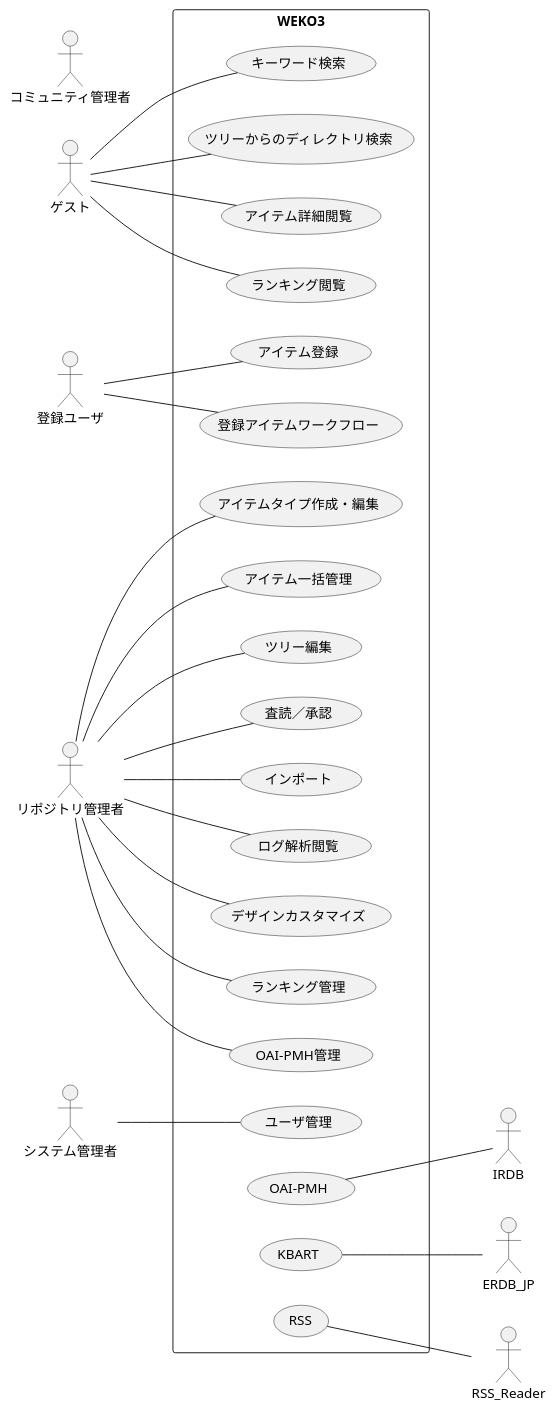
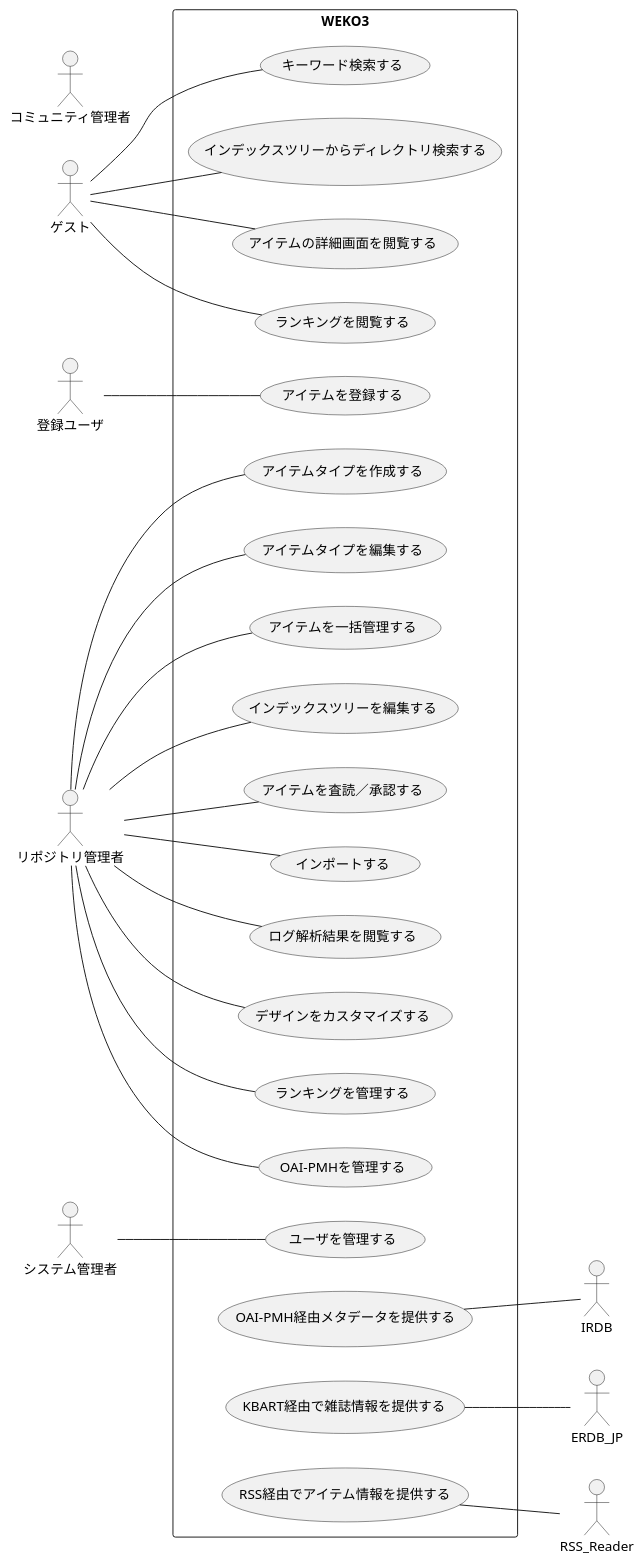
One commit to RCOSDP/weko-document changed the diagram in use-case-diagram/UC0000.pu. Above: the diagram before and after it, drawn with PlantUML.

```diff
--- a/use-case-diagram/UC0000.pu
+++ b/use-case-diagram/UC0000.pu
@@ -1,57 +1,57 @@
 @startuml
 ' http://plantuml.com/
 ' https://marketplace.visualstudio.com/items?itemName=jebbs.plantuml
 
 
 'title ユースケース図
 
 left to right direction
 skinparam packageStyle rectangle
 
 actor ゲスト
 ' 教員
 actor 登録ユーザ
 ' 図書館員,モデレータ
 actor リポジトリ管理者
 actor システム管理者
 ' 外部システム
 actor IRDB 
 actor ERDB_JP
 actor RSS_Reader
 
 ' WEKO3
 actor コミュニティ管理者
 
 rectangle WEKO3 {
 
 ' ゲスト
-ゲスト -- (キーワード検索)
-ゲスト -- (ツリーからのディレクトリ検索)
-ゲスト -- (アイテム詳細閲覧)
-ゲスト -- (ランキング閲覧)
+ゲスト -- (キーワード検索する)
+ゲスト -- (インデックスツリーからディレクトリ検索する)
+ゲスト -- (アイテムの詳細画面を閲覧する)
+ゲスト -- (ランキングを閲覧する)
 
 ' 登録ユーザ
-登録ユーザ -- (アイテム登録)
-登録ユーザ -- (登録アイテムワークフロー)
+登録ユーザ -- (アイテムを登録する)
 
 ' リポジトリ管理者
-リポジトリ管理者 -- (アイテムタイプ作成・編集)
-リポジトリ管理者 -- (アイテム一括管理)
-リポジトリ管理者 -- (ツリー編集)
-リポジトリ管理者 -- (査読／承認)
-リポジトリ管理者 -- (インポート)
-リポジトリ管理者 -- (ログ解析閲覧)
-リポジトリ管理者 -- (デザインカスタマイズ)
-リポジトリ管理者 -- (ランキング管理)
-リポジトリ管理者 -- (OAI-PMH管理)
+リポジトリ管理者 -- (アイテムタイプを作成する)
+リポジトリ管理者 -- (アイテムタイプを編集する)
+リポジトリ管理者 -- (アイテムを一括管理する)
+リポジトリ管理者 -- (インデックスツリーを編集する)
+リポジトリ管理者 -- (アイテムを査読／承認する)
+リポジトリ管理者 -- (インポートする)
+リポジトリ管理者 -- (ログ解析結果を閲覧する)
+リポジトリ管理者 -- (デザインをカスタマイズする)
+リポジトリ管理者 -- (ランキングを管理する)
+リポジトリ管理者 -- (OAI-PMHを管理する)
 
 ' システム管理者
-システム管理者  -- (ユーザ管理)
+システム管理者  -- (ユーザを管理する)
 
 ' 外部システム連携
-(OAI-PMH) -- IRDB
-(KBART) -- ERDB_JP
-(RSS) --  RSS_Reader
+(OAI-PMH経由メタデータを提供する) -- IRDB
+(KBART経由で雑誌情報を提供する) -- ERDB_JP
+(RSS経由でアイテム情報を提供する) --  RSS_Reader
 
 }
 @enduml
```
